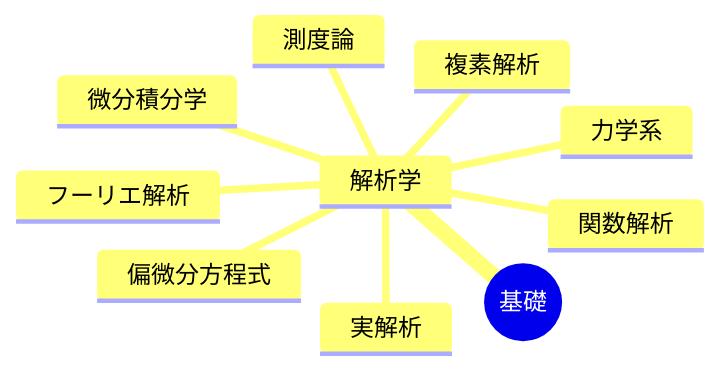
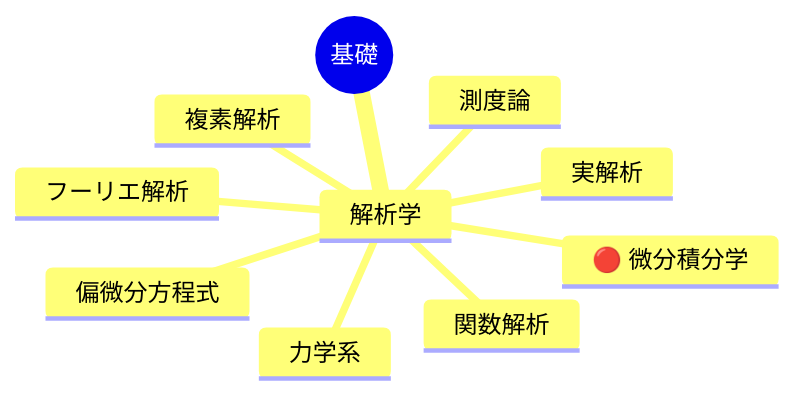
The third of 5 diagrams in src/content/docs/math/structures/0013_mathematics_overview.mdx (tomohikoseven/math_doc), drawn with Mermaid before and after one commit. The commit also changed other lines of this file and 1 other file, not shown here.

````diff
--- a/src/content/docs/math/structures/0013_mathematics_overview.mdx
+++ b/src/content/docs/math/structures/0013_mathematics_overview.mdx
@@ -43,13 +47,13 @@
 ```mermaid
 mindmap
   root((基礎))
     解析学
-      微分積分学
+      🔴 微分積分学
       実解析
       複素解析
       関数解析
       測度論
       フーリエ解析
       偏微分方程式
       力学系
 ```
````
